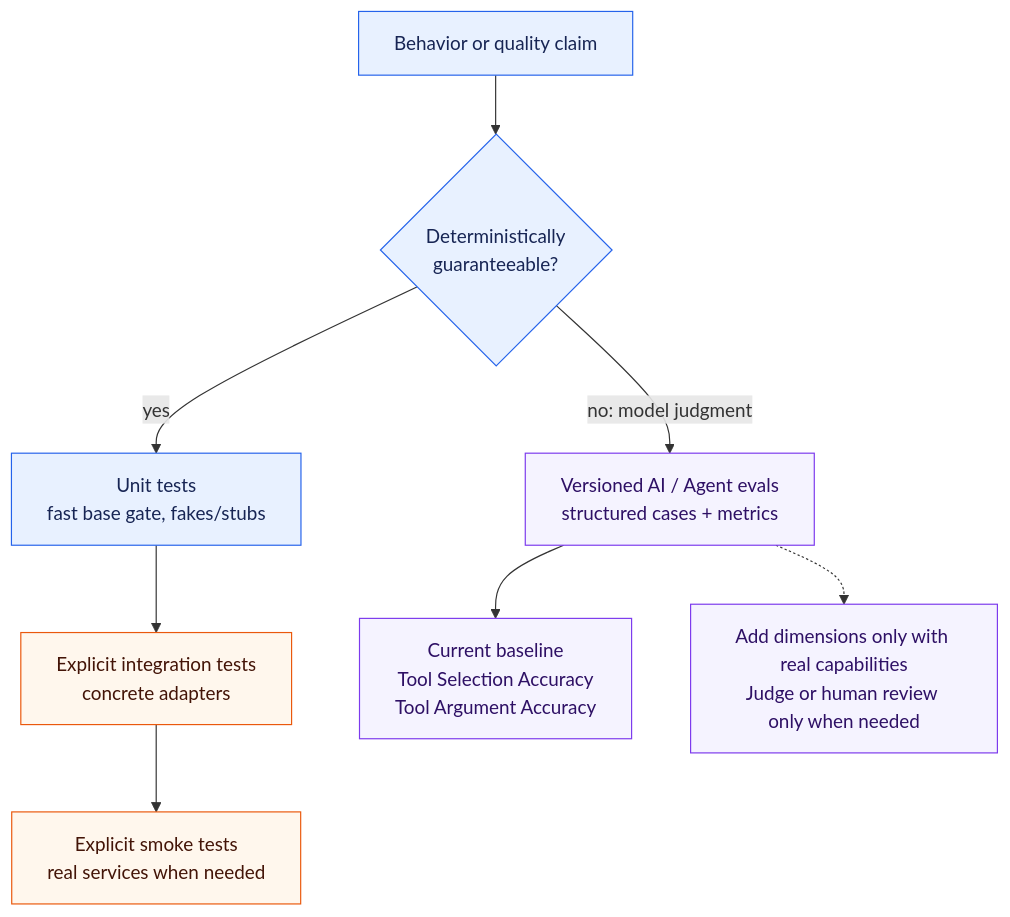
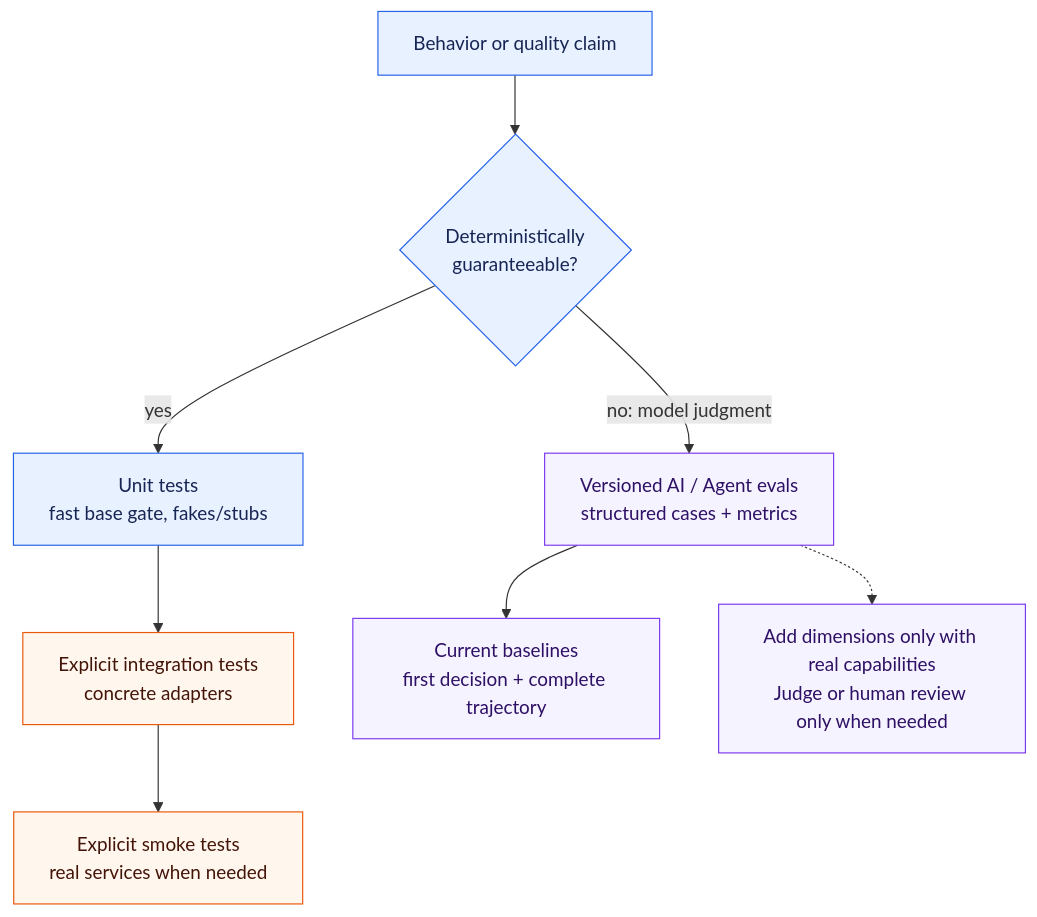
One commit to aboerzel/industrial-ai-agent changed the sixth of 7 diagrams in docs/architecture/overview.md. Above: the diagram before and after it, drawn with Mermaid. The commit also changed other lines of this file and 10 other files, not shown here.

````diff
--- a/docs/architecture/overview.md
+++ b/docs/architecture/overview.md
@@ -178,17 +219,17 @@
 ```mermaid
 flowchart TB
     Behavior["Behavior or quality claim"] --> Deterministic{"Deterministically<br/>guaranteeable?"}
     Deterministic -->|"yes"| Tests["Unit tests<br/>fast base gate, fakes/stubs"]
     Tests --> Integration["Explicit integration tests<br/>concrete adapters"]
     Integration --> Smoke["Explicit smoke tests<br/>real services when needed"]
     Deterministic -->|"no: model judgment"| Evals["Versioned AI / Agent evals<br/>structured cases + metrics"]
-    Evals --> Current["Current baseline<br/>Tool Selection Accuracy<br/>Tool Argument Accuracy"]
+    Evals --> Current["Current baselines<br/>first decision + complete trajectory"]
     Evals -.-> Future["Add dimensions only with real capabilities<br/>Judge or human review only when needed"]
 
     classDef test fill:#e8f1ff,stroke:#2563eb,color:#172554
     classDef eval fill:#f5f3ff,stroke:#7c3aed,color:#2e1065
     classDef live fill:#fff7ed,stroke:#ea580c,color:#431407
     class Behavior,Deterministic,Tests test
     class Evals,Current,Future eval
     class Integration,Smoke live
 ```
````
